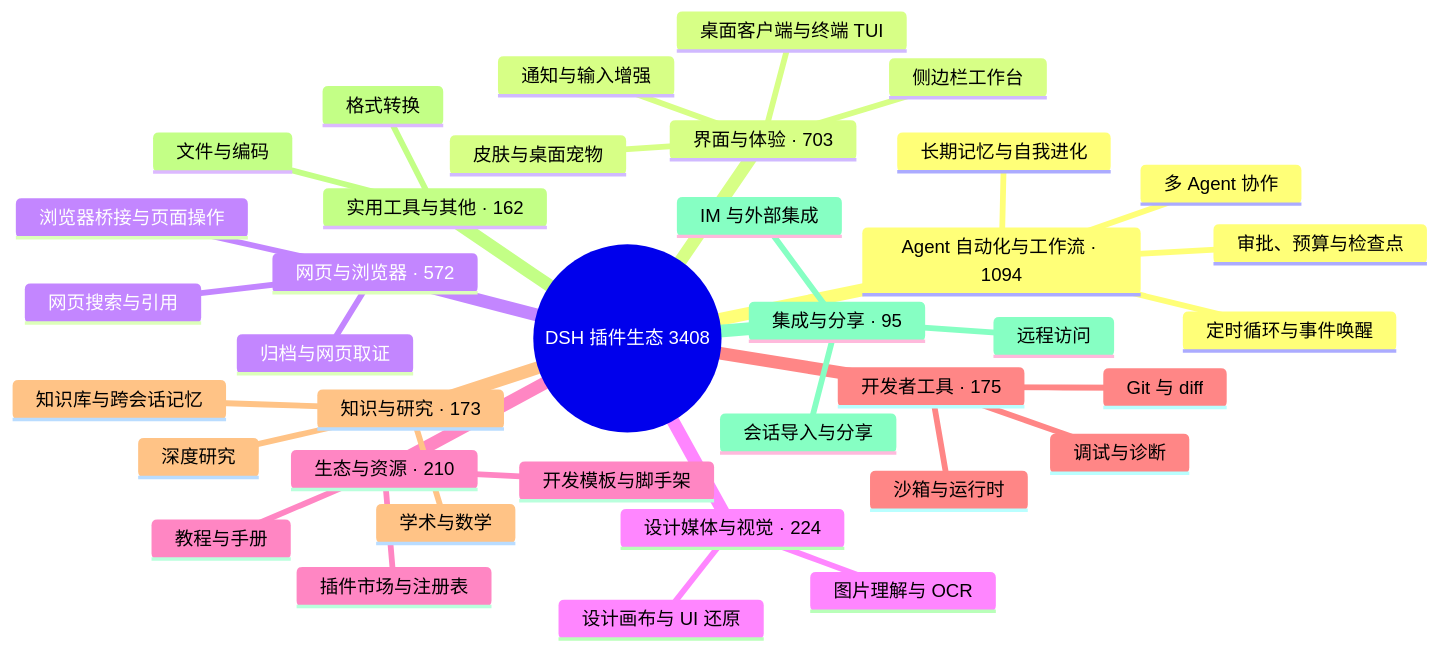
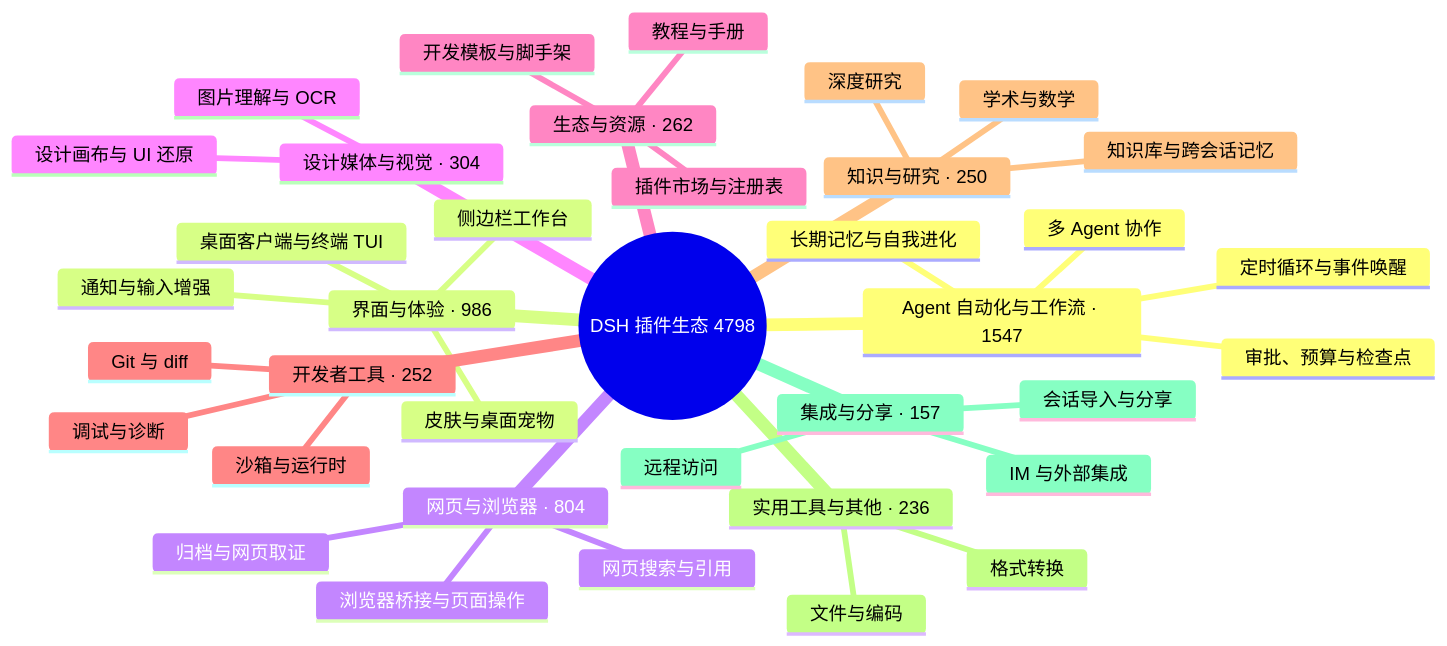
Before and after one commit to PGZXB/awesome-dsh-plugin-3: the diagram in README.md, drawn with Mermaid. The commit also changed other lines of this file and 7 other files, not shown here.

````diff
--- a/README.md
+++ b/README.md
@@ -32,40 +32,40 @@
 ```mermaid
 mindmap
-  root((DSH 插件生态 3408))
-    Agent 自动化与工作流 · 1094
+  root((DSH 插件生态 4798))
+    Agent 自动化与工作流 · 1547
       定时循环与事件唤醒
       多 Agent 协作
       长期记忆与自我进化
       审批、预算与检查点
-    界面与体验 · 703
+    界面与体验 · 986
       桌面客户端与终端 TUI
       侧边栏工作台
       皮肤与桌面宠物
       通知与输入增强
-    网页与浏览器 · 572
+    网页与浏览器 · 804
       浏览器桥接与页面操作
       网页搜索与引用
       归档与网页取证
-    设计媒体与视觉 · 224
+    设计媒体与视觉 · 304
       图片理解与 OCR
       设计画布与 UI 还原
-    生态与资源 · 210
+    生态与资源 · 262
       插件市场与注册表
       开发模板与脚手架
       教程与手册
-    开发者工具 · 175
+    开发者工具 · 252
       Git 与 diff
       沙箱与运行时
       调试与诊断
-    知识与研究 · 173
+    知识与研究 · 250
       知识库与跨会话记忆
       深度研究
       学术与数学
-    实用工具与其他 · 162
+    实用工具与其他 · 236
       文件与编码
       格式转换
-    集成与分享 · 95
+    集成与分享 · 157
       会话导入与分享
       远程访问
       IM 与外部集成
 ```
````
